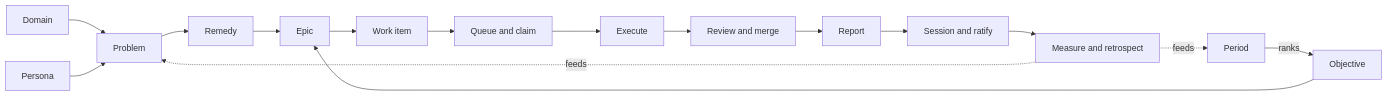
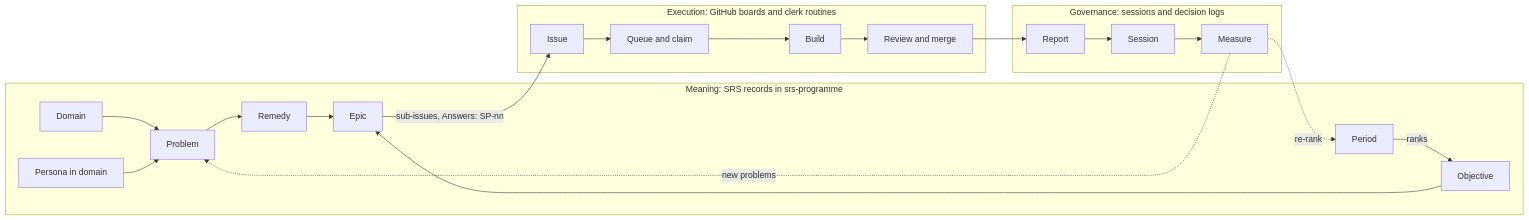
The first of 9 diagrams in docs/handbook.md (the-greenman/clerk), drawn with Mermaid before and after one commit. The commit also changed other lines of this file and 79 other files, not shown here.

First line of the commit message:
Handbook as an SRS repository, rendered; narrative with diagrams; weekly handbook watcher (clerk#50)

````diff
--- a/docs/handbook.md
+++ b/docs/handbook.md
@@ -36,18 +18,24 @@
 ```mermaid
 flowchart LR
-  D[Domain] --> P[Problem]
-  Pe[Persona] --> P
-  P --> R[Remedy]
-  R --> E[Epic]
-  O[Objective] --> E
-  F[Period] -->|ranks| O
-  E --> W[Work item]
-  W --> Q[Queue and claim]
-  Q --> X[Execute]
-  X --> V[Review and merge]
-  V --> Rep[Report]
-  Rep --> S[Session and ratify]
-  S --> M[Measure and retrospect]
-  M -.feeds.-> P
-  M -.feeds.-> F
+  subgraph Meaning["Meaning: SRS records in srs-programme"]
+    D[Domain] --> P[Problem]
+    Pe[Persona in domain] --> P
+    P --> R[Remedy]
+    R --> E[Epic]
+    O[Objective] --> E
+    F[Period] -->|ranks| O
+  end
+  subgraph Execution["Execution: GitHub boards and clerk routines"]
+    W[Issue] --> Q[Queue and claim]
+    Q --> X[Build]
+    X --> V[Review and merge]
+  end
+  subgraph Governance["Governance: sessions and decision logs"]
+    Rep[Report] --> S[Session]
+    S --> M[Measure]
+  end
+  E -->|"sub-issues, Answers: SP-nn"| W
+  V --> Rep
+  M -.->|new problems| P
+  M -.->|re-rank| F
 ```
````
